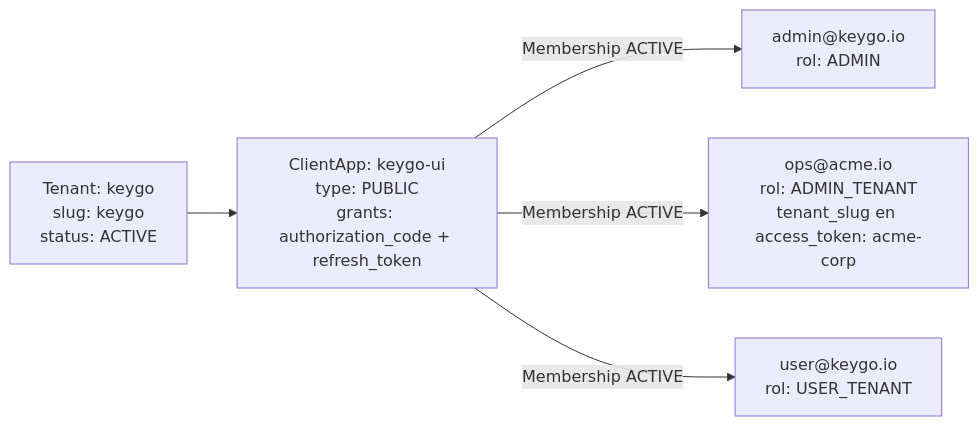
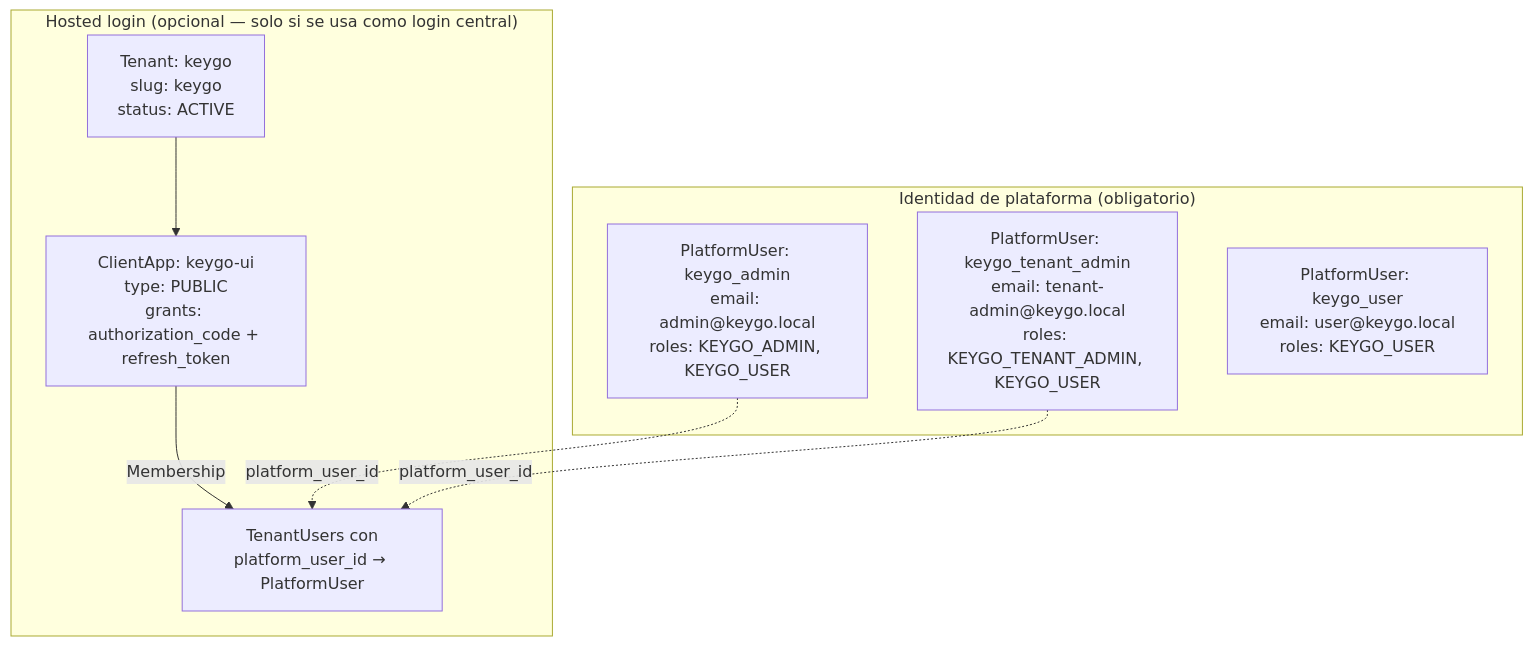
Before and after one commit to cmartinezs/keygo-web-ui: the second of 8 diagrams in docs/FRONTEND_DEVELOPER_GUIDE.md, drawn with Mermaid. The commit also changed other lines of this file and 39 other files, not shown here.

````diff
--- a/docs/FRONTEND_DEVELOPER_GUIDE.md
+++ b/docs/FRONTEND_DEVELOPER_GUIDE.md
@@ -208,14 +231,19 @@
 ```mermaid
-graph LR
-    T["Tenant: keygo<br/>slug: keygo<br/>status: ACTIVE"]
-    A["ClientApp: keygo-ui<br/>type: PUBLIC<br/>grants: authorization_code + refresh_token"]
-    T --> A
+graph TB
+    subgraph "Identidad de plataforma (obligatorio)"
+        PU1["PlatformUser: keygo_admin<br/>email: admin@keygo.local<br/>roles: KEYGO_ADMIN, KEYGO_USER"]
+        PU2["PlatformUser: keygo_tenant_admin<br/>email: tenant-admin@keygo.local<br/>roles: KEYGO_TENANT_ADMIN, KEYGO_USER"]
+        PU3["PlatformUser: keygo_user<br/>email: user@keygo.local<br/>roles: KEYGO_USER"]
+    end
 
-    U1["admin@keygo.io<br/>rol: ADMIN"]
-    U2["ops@acme.io<br/>rol: ADMIN_TENANT<br/>tenant_slug en access_token: acme-corp"]
-    U3["user@keygo.io<br/>rol: USER_TENANT"]
+    subgraph "Hosted login (opcional — solo si se usa como login central)"
+        T["Tenant: keygo<br/>slug: keygo<br/>status: ACTIVE"]
+        A["ClientApp: keygo-ui<br/>type: PUBLIC<br/>grants: authorization_code + refresh_token"]
+        T --> A
+        TU["TenantUsers con<br/>platform_user_id → PlatformUser"]
+        A -->|Membership| TU
+    end
 
-    A -->|Membership ACTIVE| U1
-    A -->|Membership ACTIVE| U2
-    A -->|Membership ACTIVE| U3
+    PU1 -.->|platform_user_id| TU
+    PU2 -.->|platform_user_id| TU
 ```
````
